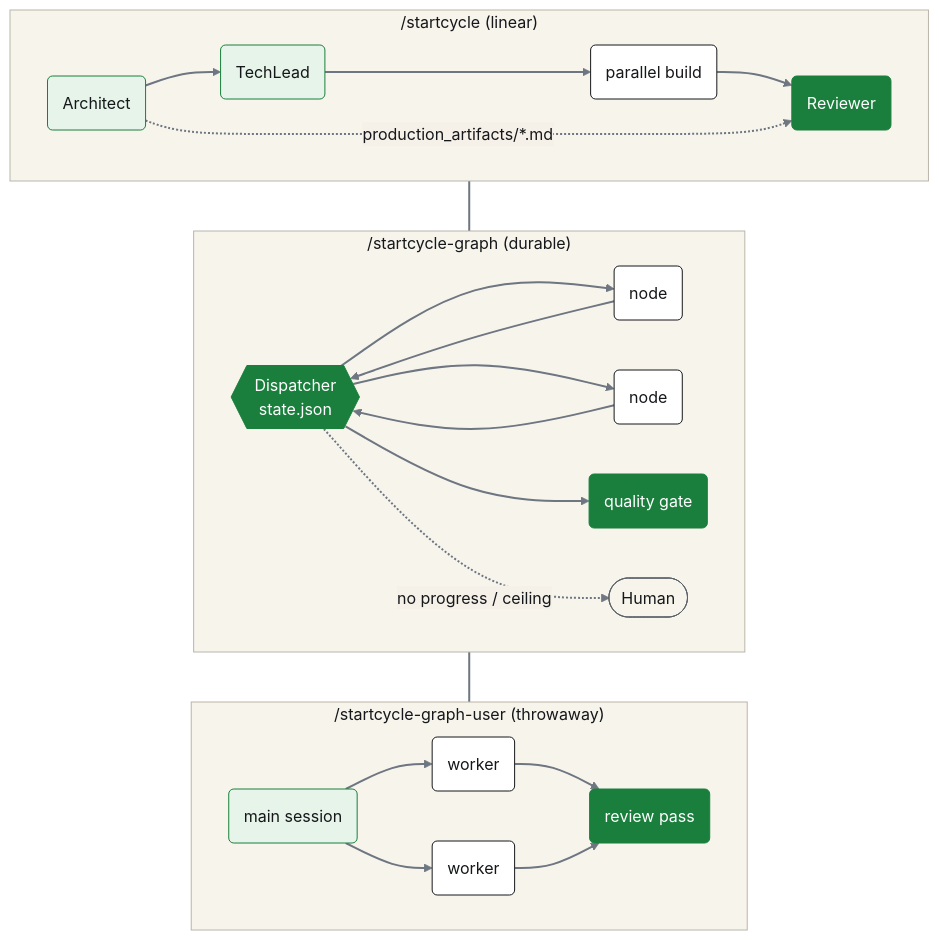
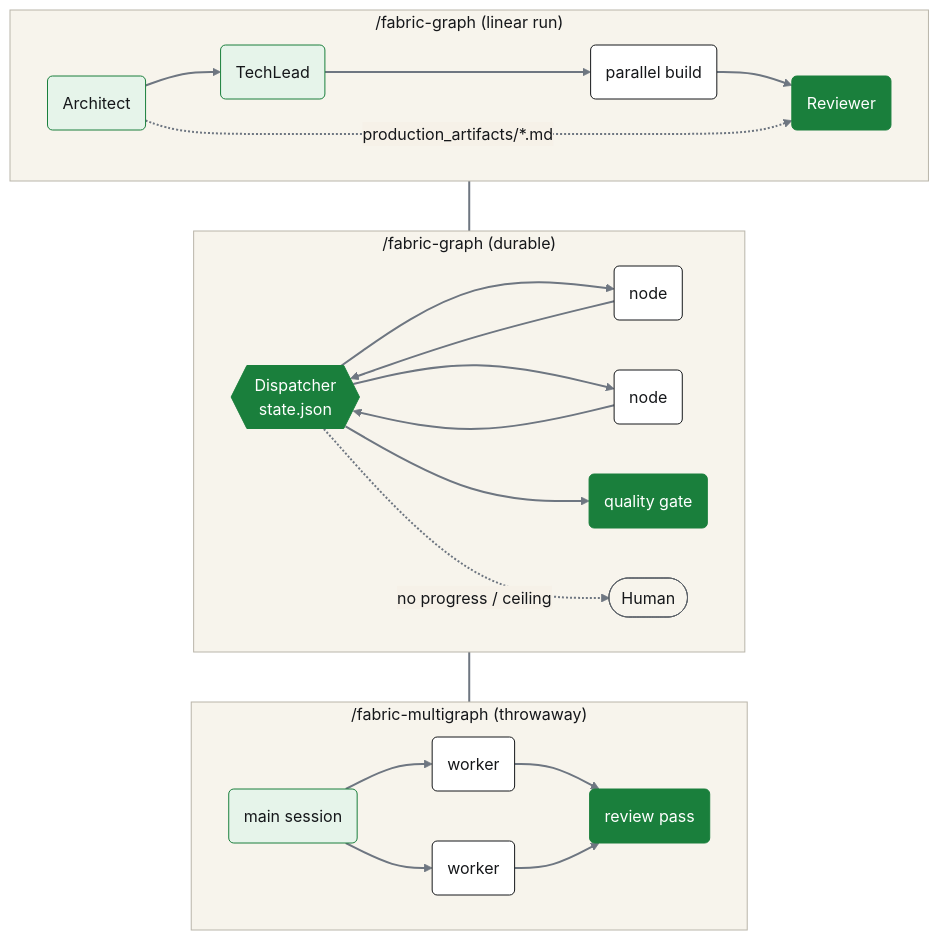
Before and after one commit to hybridlabor-api/aos: the third of 11 diagrams in README.de.md, drawn with Mermaid. The commit also changed other lines of this file and 24 other files, not shown here.

````diff
--- a/README.de.md
+++ b/README.de.md
@@ -450,37 +453,37 @@
 ```mermaid
 %%{init: {"theme": "base", "themeVariables": {"lineColor": "#6e7681", "edgeLabelBackground": "#f6f1e8", "textColor": "#15171A", "clusterBkg": "#F7F4EC", "clusterBorder": "#B9B5AA", "titleColor": "#15171A", "primaryColor": "#FFFFFF", "primaryBorderColor": "#15171A", "primaryTextColor": "#15171A"}}}%%
 flowchart TB
-    subgraph L["/startcycle (linear)"]
+    subgraph L["/fabric-graph (linear run)"]
         direction LR
         L1("Architect") --> L2("TechLead") --> L3("parallel build") --> L4("Reviewer")
         L1 -. "production_artifacts/*.md" .-> L4
     end
-    subgraph G["/startcycle-graph (durable)"]
+    subgraph G["/fabric-graph (durable)"]
         direction LR
         D{{"Dispatcher<br/>state.json"}}
         D --> N1("node") --> D
         D --> N2("node") --> D
         D --> Q("quality gate")
         D -. "no progress / ceiling" .-> H(["Human"])
     end
-    subgraph F["/startcycle-graph-user (throwaway)"]
+    subgraph F["/fabric-multigraph (throwaway)"]
         direction LR
         F0("main session") --> W1("worker") & W2("worker") --> F3("review pass")
     end
     L ~~~ G ~~~ F
 
     classDef plan fill:#E6F4EA,stroke:#1A7F3C,color:#15171A
     classDef build fill:#FFFFFF,stroke:#15171A,color:#15171A
     classDef gate fill:#1A7F3C,stroke:#1A7F3C,color:#FFFFFF
     classDef human fill:#F7F4EC,stroke:#5B6168,color:#15171A
     classDef store fill:#F7F4EC,stroke:#B9B5AA,color:#15171A
     linkStyle default stroke:#6e7681,stroke-width:2px
 
     class L1,L2,F0 plan
     class L3,N1,N2,W1,W2 build
     class L4,Q,F3,D gate
     class H human
     style L fill:#F7F4EC,stroke:#B9B5AA,color:#15171A
     style G fill:#F7F4EC,stroke:#B9B5AA,color:#15171A
     style F fill:#F7F4EC,stroke:#B9B5AA,color:#15171A
 ```
````
